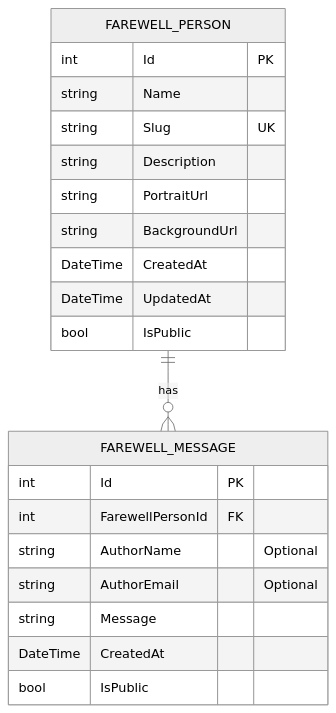
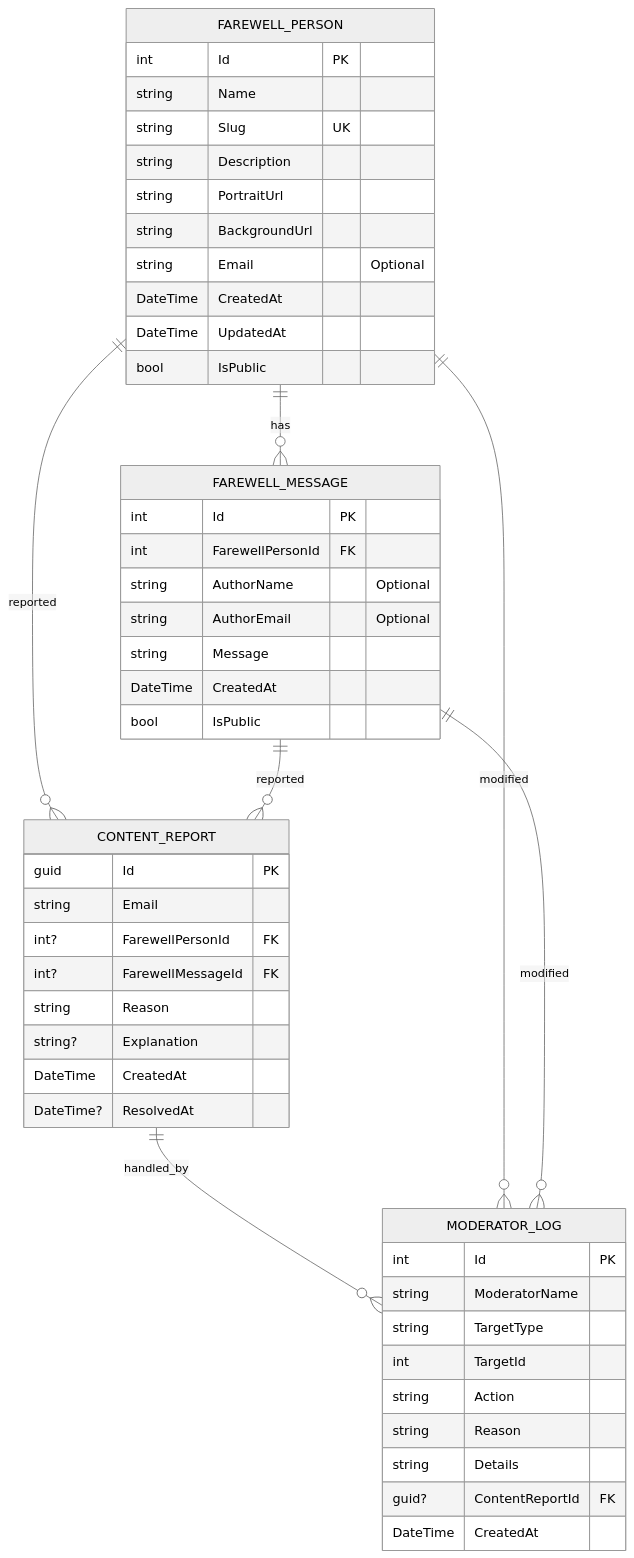
One commit to AdMFirst/FarewellMyBeloved changed the diagram in README.md. Above: the diagram before and after it, drawn with Mermaid (neutral theme). The commit also changed other lines of this file and 2 other files, not shown here.

````diff
--- a/README.md
+++ b/README.md
@@ -35,26 +44,55 @@
 ```mermaid
 erDiagram
     FAREWELL_PERSON {
         int Id PK
         string Name
         string Slug UK
         string Description
         string PortraitUrl
         string BackgroundUrl
+        string Email "Optional"
         DateTime CreatedAt
         DateTime UpdatedAt
         bool IsPublic
     }
     
     FAREWELL_MESSAGE {
         int Id PK
         int FarewellPersonId FK
         string AuthorName "Optional"
         string AuthorEmail "Optional"
         string Message
         DateTime CreatedAt
         bool IsPublic
     }
     
+    CONTENT_REPORT {
+        guid Id PK
+        string Email
+        int? FarewellPersonId FK
+        int? FarewellMessageId FK
+        string Reason
+        string? Explanation
+        DateTime CreatedAt
+        DateTime? ResolvedAt
+    }
+    
+    MODERATOR_LOG {
+        int Id PK
+        string ModeratorName
+        string TargetType
+        int TargetId
+        string Action
+        string Reason
+        string Details
+        guid? ContentReportId FK
+        DateTime CreatedAt
+    }
+    
     FAREWELL_PERSON ||--o{ FAREWELL_MESSAGE : "has"
+    FAREWELL_PERSON ||--o{ CONTENT_REPORT : "reported"
+    FAREWELL_MESSAGE ||--o{ CONTENT_REPORT : "reported"
+    CONTENT_REPORT ||--o{ MODERATOR_LOG : "handled_by"
+    FAREWELL_PERSON ||--o{ MODERATOR_LOG : "modified"
+    FAREWELL_MESSAGE ||--o{ MODERATOR_LOG : "modified"
 ```
````
